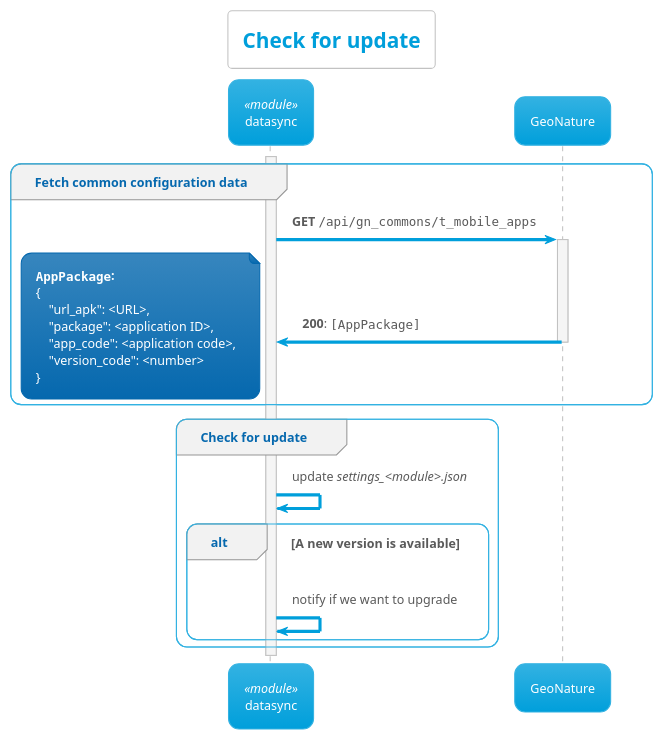
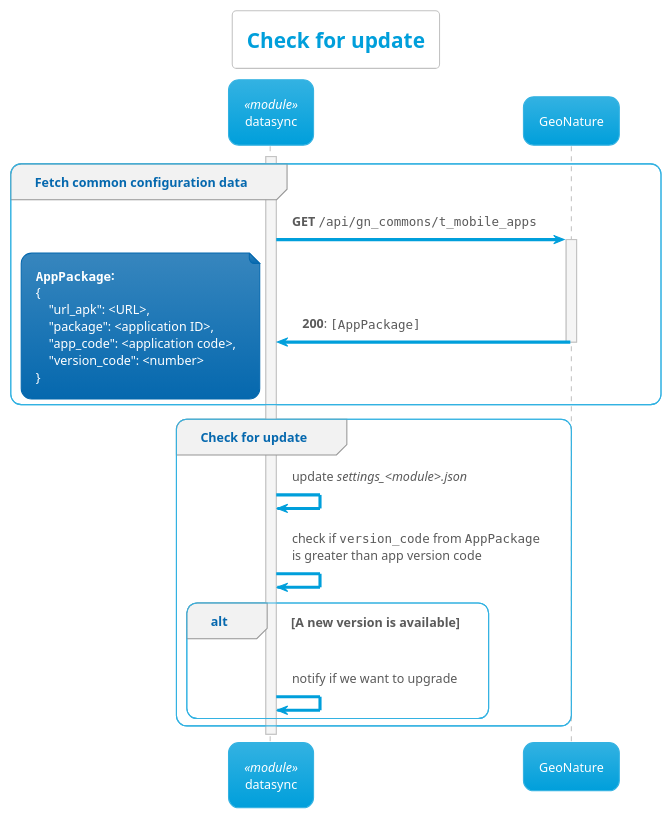
One commit to PnX-SI/gn_mobile_core changed the diagram in docs/uml/datasync_update.puml. Above: the diagram before and after it, drawn with PlantUML.

Commit message:
docs: check if version_code is greater than app version code

```diff
--- a/docs/uml/datasync_update.puml
+++ b/docs/uml/datasync_update.puml
@@ -1,37 +1,38 @@
 @startuml
 
 !theme bluegray
 
 skinparam componentStyle uml2
 skinparam backgroundColor transparent
 
 title **Check for update**
 
 participant "datasync" as datasync << module >>
 participant "GeoNature" as gn
 
 activate datasync
 
 group Fetch common configuration data
     datasync -> gn ++ : **GET** ""/api/gn_commons/t_mobile_apps""
     gn -> datasync -- : **200**: ""[AppPackage]""
     note left
         **""AppPackage"":**
         {
             "url_apk": <URL>,
             "package": <application ID>,
             "app_code": <application code>,
             "version_code": <number>
         }
     end note
 end
 
 group Check for update
   datasync -> datasync : update //settings_<module>.json//
+  datasync -> datasync : check if ""version_code"" from ""AppPackage""\nis greater than app version code
 
   alt A new version is available
     datasync -> datasync : notify if we want to upgrade
   end
 end
 
 @enduml
```
